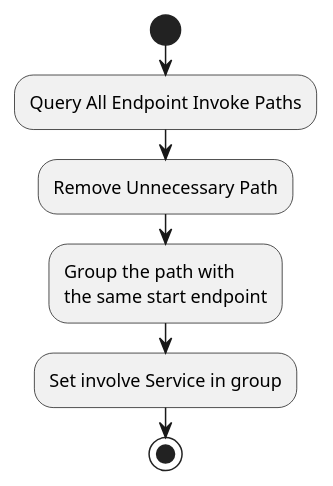
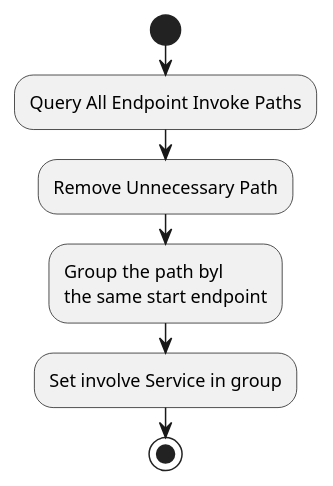
The diagram in diagram/findInvocationChain.puml (b4456609/mgp-back), drawn with PlantUML before and after one commit.

Commit message:
diagram with to by

```diff
--- a/diagram/findInvocationChain.puml
+++ b/diagram/findInvocationChain.puml
@@ -1,8 +1,8 @@
 @startuml
 start
 :Query All Endpoint Invoke Paths;
 :Remove Unnecessary Path;
-:Group the path with\nthe same start endpoint;
+:Group the path byl\nthe same start endpoint;
 :Set involve Service in group;
 stop
 @enduml
```
